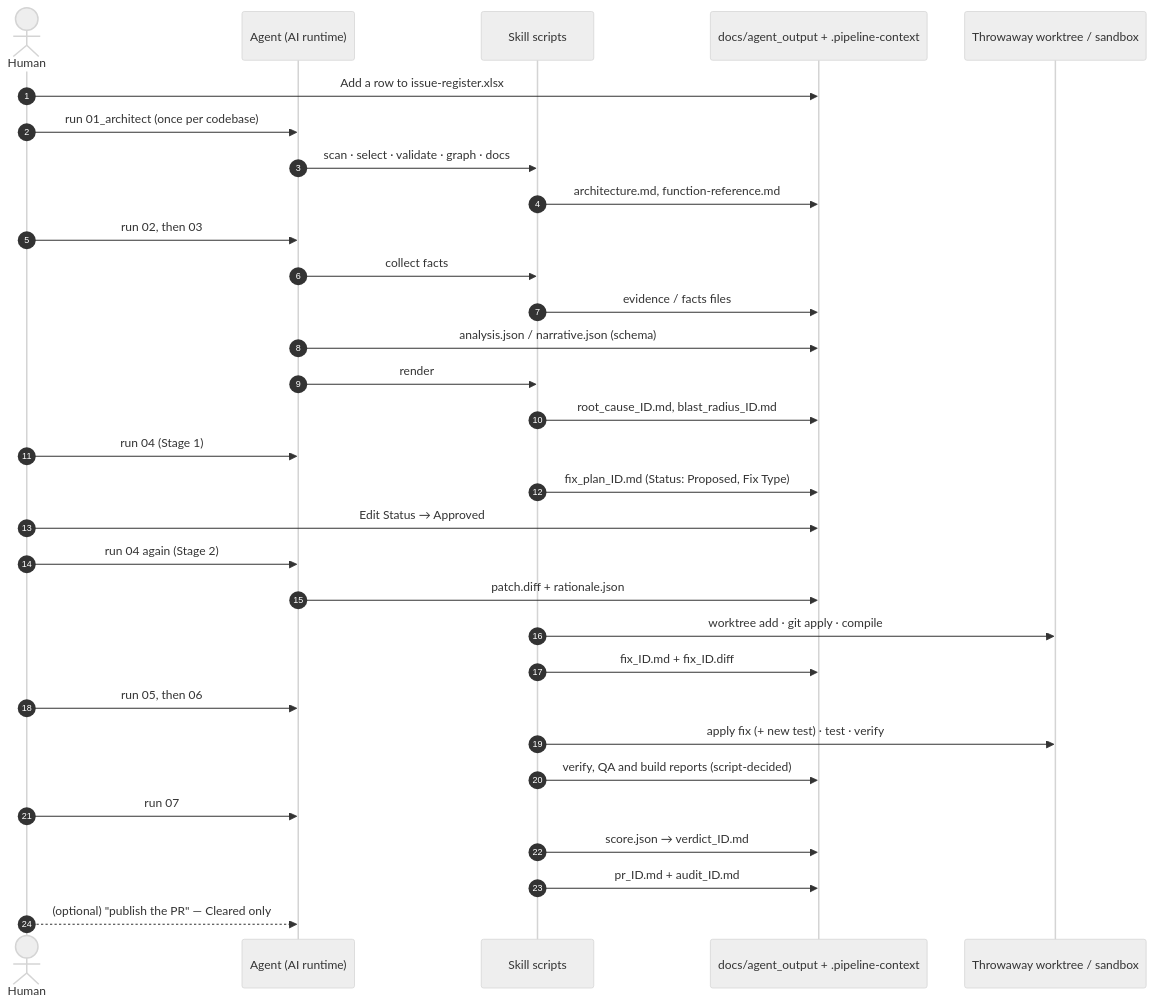
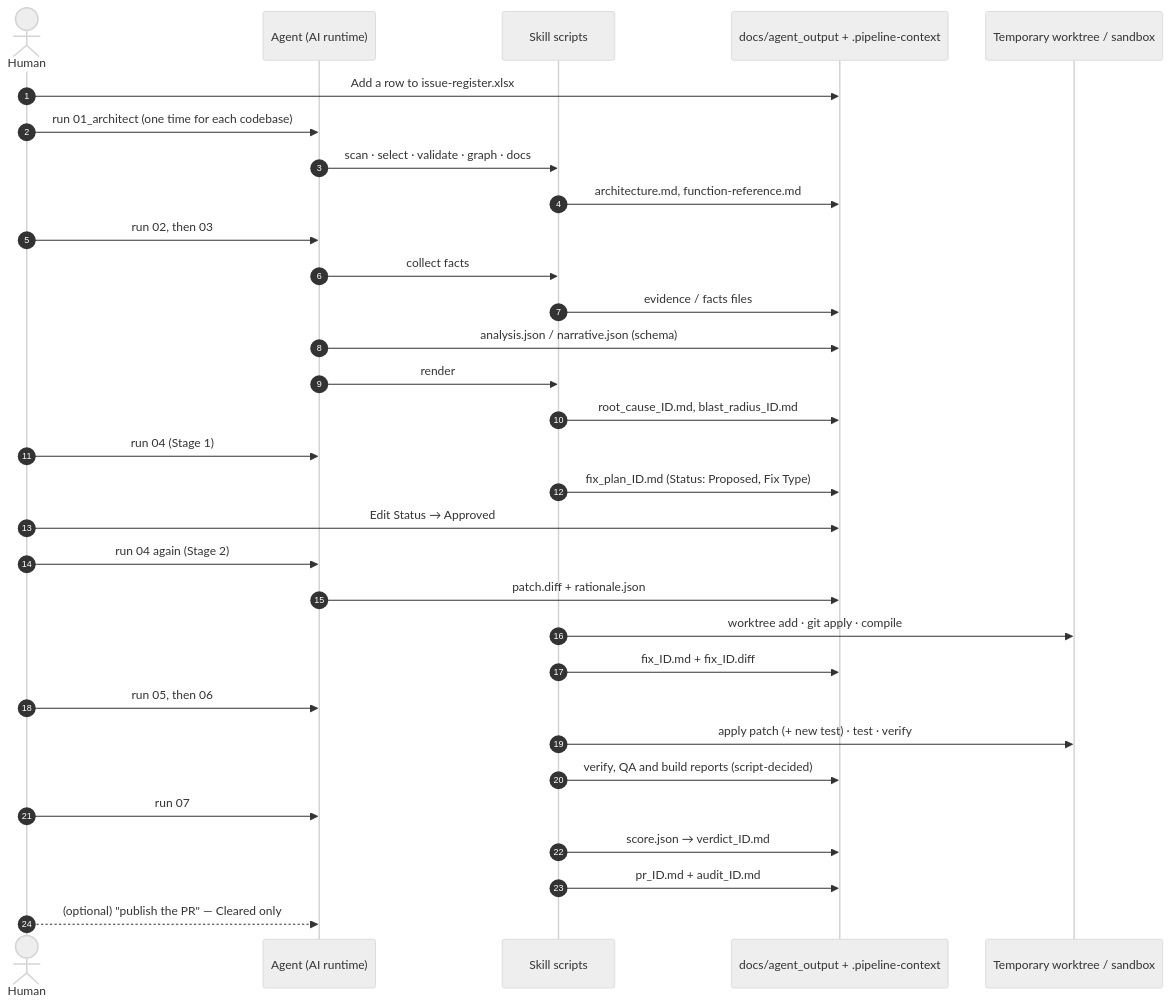
The eighth of 31 diagrams in README.md (KrishnaAnnavaram/MARS), drawn with Mermaid (neutral theme) before and after one commit. The commit also changed other lines of this file and 1 other file, not shown here.

````diff
--- a/README.md
+++ b/README.md
@@ -460,34 +475,34 @@
 ```mermaid
 sequenceDiagram
     autonumber
     actor H as Human
     participant AG as Agent (AI runtime)
     participant SC as Skill scripts
     participant FS as docs/agent_output + .pipeline-context
-    participant WT as Throwaway worktree / sandbox
+    participant WT as Temporary worktree / sandbox
 
     H->>FS: Add a row to issue-register.xlsx
-    H->>AG: run 01_architect (once per codebase)
+    H->>AG: run 01_architect (one time for each codebase)
     AG->>SC: scan · select · validate · graph · docs
     SC->>FS: architecture.md, function-reference.md
     H->>AG: run 02, then 03
     AG->>SC: collect facts
     SC->>FS: evidence / facts files
     AG->>FS: analysis.json / narrative.json (schema)
     AG->>SC: render
     SC->>FS: root_cause_ID.md, blast_radius_ID.md
     H->>AG: run 04 (Stage 1)
     SC->>FS: fix_plan_ID.md (Status: Proposed, Fix Type)
     H->>FS: Edit Status → Approved
     H->>AG: run 04 again (Stage 2)
     AG->>FS: patch.diff + rationale.json
     SC->>WT: worktree add · git apply · compile
     SC->>FS: fix_ID.md + fix_ID.diff
     H->>AG: run 05, then 06
-    SC->>WT: apply fix (+ new test) · test · verify
+    SC->>WT: apply patch (+ new test) · test · verify
     SC->>FS: verify, QA and build reports (script-decided)
     H->>AG: run 07
     SC->>FS: score.json → verdict_ID.md
     SC->>FS: pr_ID.md + audit_ID.md
     H-->>AG: (optional) "publish the PR" — Cleared only
 ```
````
